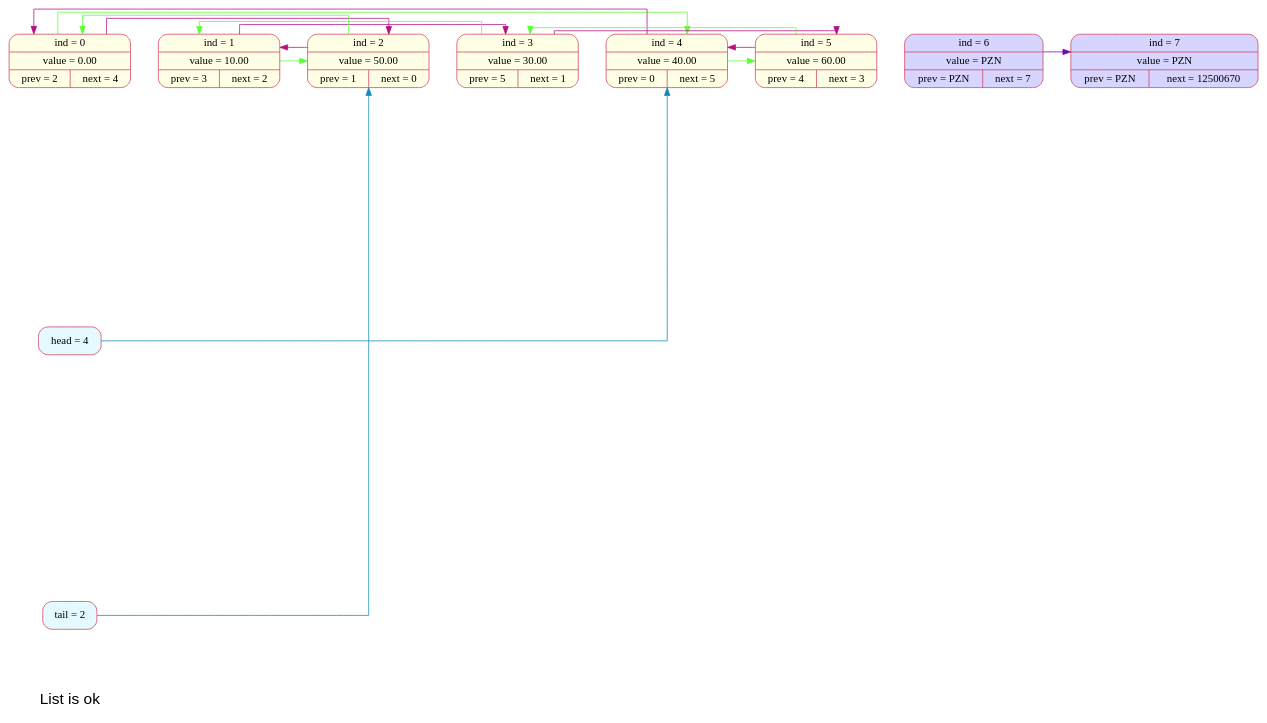
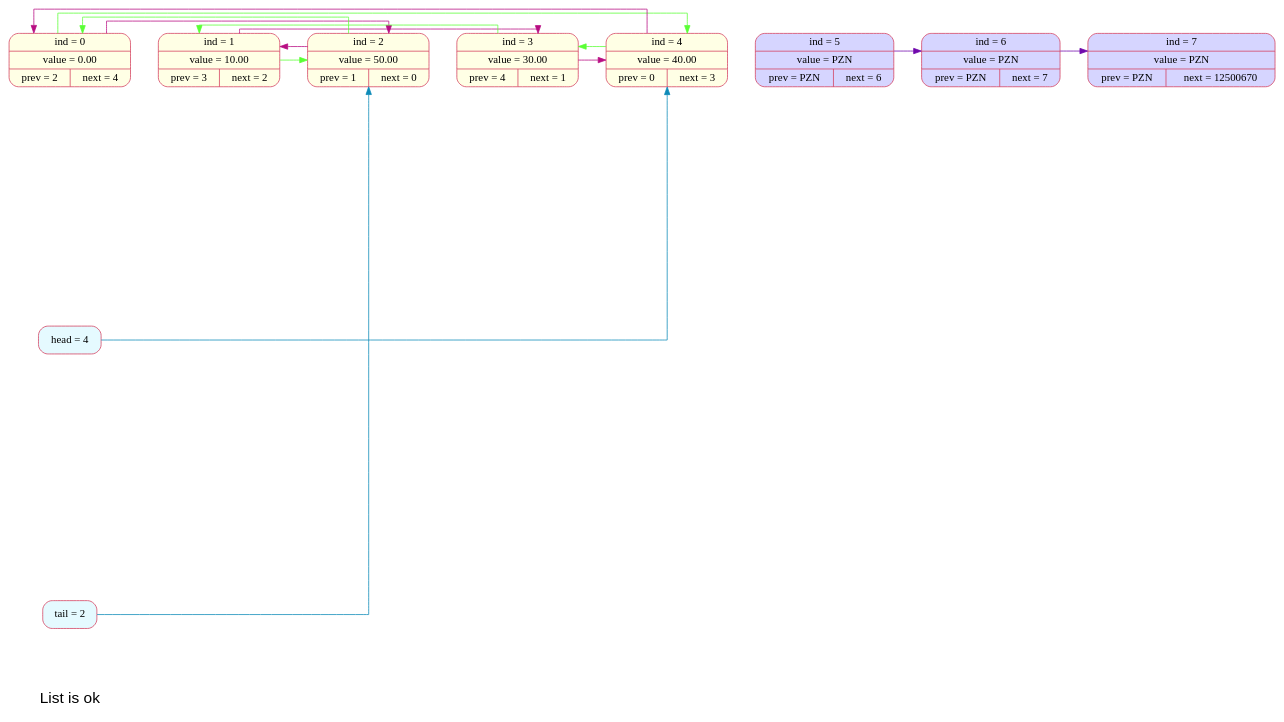
One commit to Pshonechka/List changed the diagram in graph_7.dot. Above: the diagram before and after it, drawn with Graphviz. The commit also changed 21 other files, not shown here.

```diff
--- a/graph_7.dot
+++ b/graph_7.dot
@@ -1,43 +1,42 @@
 digraph G {
 	header [shape=plaintext, label = "List is ok", fontsize = 20, fontname = Arial, fontcolor="#000000ff"];
 	graph [splines=ortho];
 	nodesep=1.0;
 	rankdir=LR;
 	node_0 [rank=1; shape=Mrecord; style=filled; fillcolor="#ffffe5ff"; color = "#d44060ff"; label=" ind = 0 | value = 0.00 |{prev = 2 | next = 4}"];
 	node_1 [rank=1; shape=Mrecord; style=filled; fillcolor="#ffffe5ff"; color = "#d44060ff"; label=" ind = 1 | value = 10.00 |{prev = 3 | next = 2}"];
 	node_2 [rank=1; shape=Mrecord; style=filled; fillcolor="#ffffe5ff"; color = "#d44060ff"; label=" ind = 2 | value = 50.00 |{prev = 1 | next = 0}"];
-	node_3 [rank=1; shape=Mrecord; style=filled; fillcolor="#ffffe5ff"; color = "#d44060ff"; label=" ind = 3 | value = 30.00 |{prev = 5 | next = 1}"];
-	node_4 [rank=1; shape=Mrecord; style=filled; fillcolor="#ffffe5ff"; color = "#d44060ff"; label=" ind = 4 | value = 40.00 |{prev = 0 | next = 5}"];
-	node_5 [rank=1; shape=Mrecord; style=filled; fillcolor="#ffffe5ff"; color = "#d44060ff"; label=" ind = 5 | value = 60.00 |{prev = 4 | next = 3}"];
+	node_3 [rank=1; shape=Mrecord; style=filled; fillcolor="#ffffe5ff"; color = "#d44060ff"; label=" ind = 3 | value = 30.00 |{prev = 4 | next = 1}"];
+	node_4 [rank=1; shape=Mrecord; style=filled; fillcolor="#ffffe5ff"; color = "#d44060ff"; label=" ind = 4 | value = 40.00 |{prev = 0 | next = 3}"];
+	node_5 [rank=1; shape=Mrecord; style=filled; fillcolor="#d6d5ffff"; color = "#d44060ff"; label=" ind = 5 | value = PZN |{prev = PZN | next = 6}"];
 	node_6 [rank=1; shape=Mrecord; style=filled; fillcolor="#d6d5ffff"; color = "#d44060ff"; label=" ind = 6 | value = PZN |{prev = PZN | next = 7}"];
 	node_7 [rank=1; shape=Mrecord; style=filled; fillcolor="#d6d5ffff"; color = "#d44060ff"; label=" ind = 7 | value = PZN |{prev = PZN | next = 12500670}"];
 	edge [color="#FFFFFF", fontcolor="#000000"];
 	node_0 -> node_1 [weight=1000, style="invis"];
 	node_1 -> node_2 [weight=1000, style="invis"];
 	node_2 -> node_3 [weight=1000, style="invis"];
 	node_3 -> node_4 [weight=1000, style="invis"];
 	node_4 -> node_5 [weight=1000, style="invis"];
 	node_5 -> node_6 [weight=1000, style="invis"];
 	node_6 -> node_7 [weight=1000, style="invis"];
 	edge [color="#5aff35ff", fontcolor="#000000", constraint=false];
 	node_0 -> node_4;
 	node_1 -> node_2;
 	node_2 -> node_0;
 	node_3 -> node_1;
-	node_4 -> node_5;
-	node_5 -> node_3;
+	node_4 -> node_3;
 	edge [color="#7009acff", fontcolor="#000000", constraint=false];
+	node_5 -> node_6;
 	node_6 -> node_7;
 	edge [color="#b80d82ff", fontcolor="#000000", constraint=false];
 	node_0 -> node_2;
 	node_1 -> node_3;
 	node_2 -> node_1;
-	node_3 -> node_5;
+	node_3 -> node_4;
 	node_4 -> node_0;
-	node_5 -> node_4;
 	head [rank=1; shape=Mrecord; style=filled; fillcolor="#e5faffff";color = "#d44060ff"; label="head = 4"];
 	tail [rank=1; shape=Mrecord; style=filled; fillcolor="#e5faffff";color = "#d44060ff"; label="tail = 2"];
 	edge [color="#0d8ab8ff", fontcolor="#000000", constraint=false];
 	head -> node_4;
 	tail -> node_2;
 }
```
